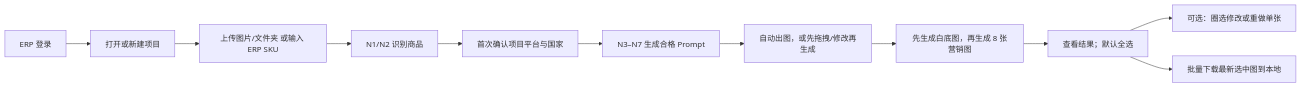
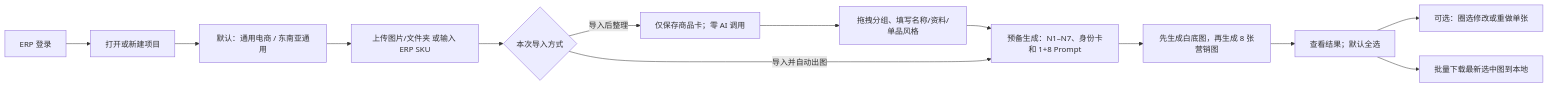
One commit to yuanZhang7777777/picturesGeneratePlatform changed the diagram in docs/project/REQUIREMENTS-BOUNDARY-CONFIRMATION.md. Above: the diagram before and after it, drawn with Mermaid. The commit also changed other lines of this file and 42 other files, not shown here.

````diff
--- a/docs/project/REQUIREMENTS-BOUNDARY-CONFIRMATION.md
+++ b/docs/project/REQUIREMENTS-BOUNDARY-CONFIRMATION.md
@@ -18,13 +18,15 @@
 ```mermaid
 flowchart LR
   A["ERP 登录"] --> B["打开或新建项目"]
-  B --> C["上传图片/文件夹 或输入 ERP SKU"]
-  C --> D["N1/N2 识别商品"]
-  D --> E["首次确认项目平台与国家"]
-  E --> F["N3–N7 生成合格 Prompt"]
-  F --> G["自动出图，或先拖拽/修改再生成"]
-  G --> H["先生成白底图，再生成 8 张营销图"]
-  H --> I["查看结果；默认全选"]
-  I --> J["可选：圈选修改或重做单张"]
-  I --> K["批量下载最新选中图到本地"]
+  B --> C["默认：通用电商 / 东南亚通用"]
+  C --> D["上传图片/文件夹 或输入 ERP SKU"]
+  D --> E{"本次导入方式"}
+  E -->|"导入后整理"| F["仅保存商品卡；零 AI 调用"]
+  F --> G["拖拽分组、填写名称/资料/单品风格"]
+  G --> H["预备生成：N1–N7、身份卡和 1+8 Prompt"]
+  E -->|"导入并自动出图"| H
+  H --> I["先生成白底图，再生成 8 张营销图"]
+  I --> J["查看结果；默认全选"]
+  J --> K["可选：圈选修改或重做单张"]
+  J --> L["批量下载最新选中图到本地"]
 ```
````
